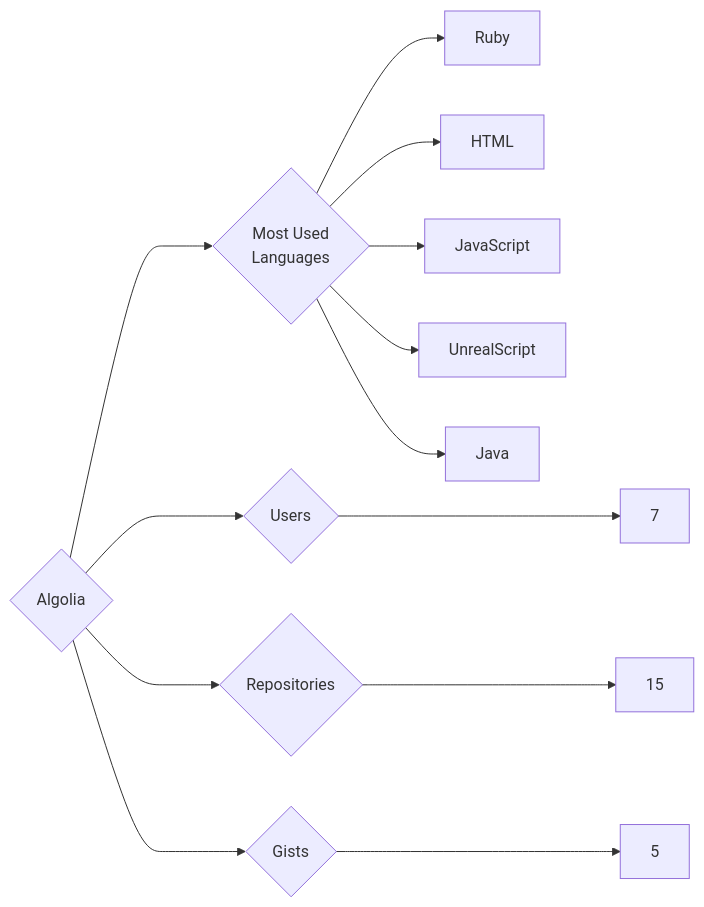
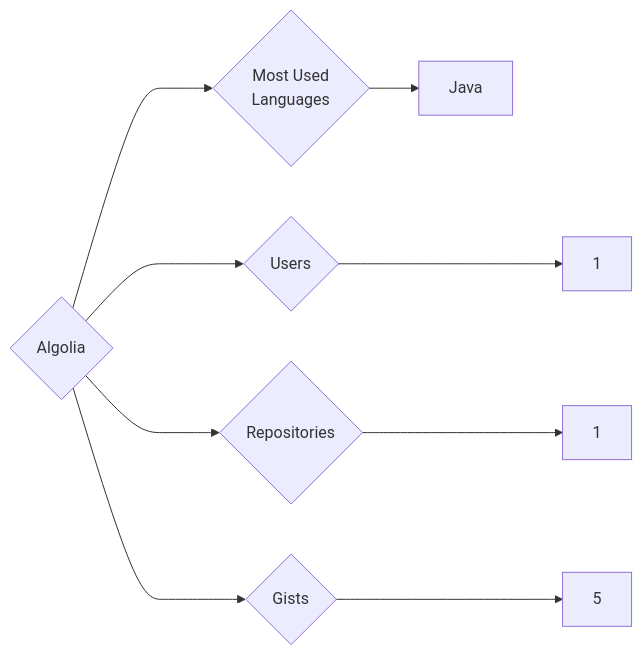
One commit to trickest/insiders changed the diagram in targets/Algolia/README.md. Above: the diagram before and after it, drawn with Mermaid. The commit also changed 1084 other files, not shown here.

````diff
--- a/targets/Algolia/README.md
+++ b/targets/Algolia/README.md
@@ -3,13 +3,9 @@
 ```mermaid
 graph LR
 COMPANY_NAME{Algolia}
-COMPANY_NAME ---> U{Users} ---> UN[7]
-COMPANY_NAME ---> R{Repositories} ---> RN[15]
+COMPANY_NAME ---> U{Users} ---> UN[1]
+COMPANY_NAME ---> R{Repositories} ---> RN[1]
 COMPANY_NAME ---> G{Gists} ---> GN[5]
 COMPANY_NAME ---> ML{Most Used<br>Languages}
-ML --> Ruby[Ruby]
-ML --> HTML[HTML]
-ML --> JavaScript[JavaScript]
-ML --> UnrealScript[UnrealScript]
 ML --> Java[Java]
 ```
````
